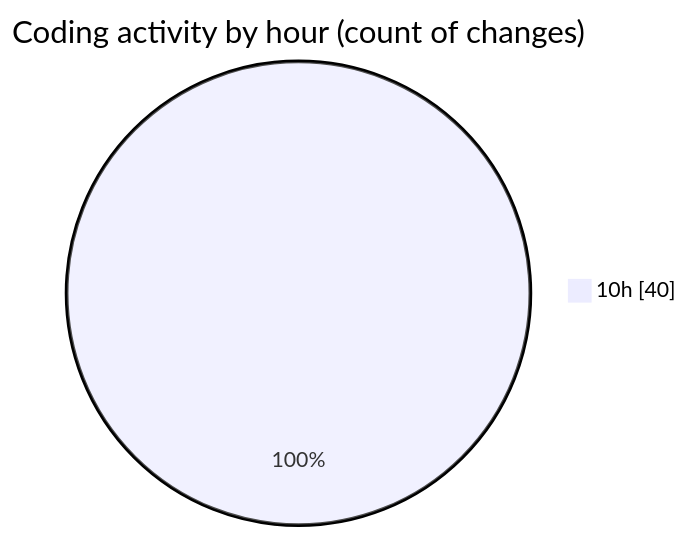
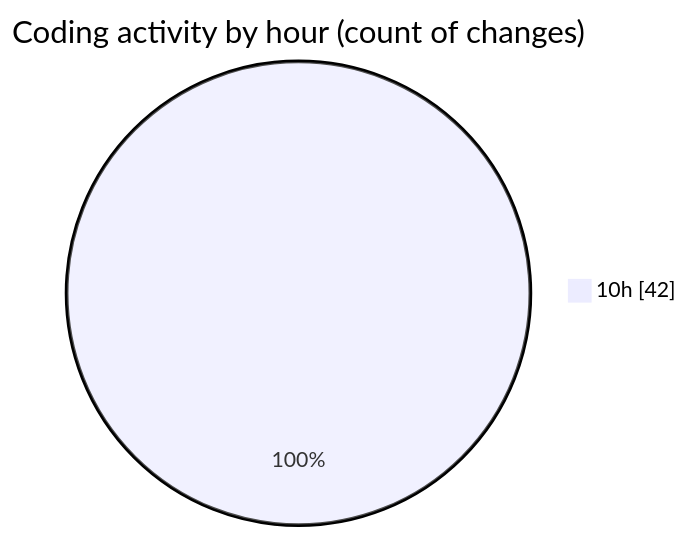
One commit to CELIANVF/code-tracking changed the second of 2 diagrams in 2025-05-15/ecodeli-1/README.md. Above: the diagram before and after it, drawn with Mermaid. The commit also changed other lines of this file and 1 other file, not shown here.

````diff
--- a/2025-05-15/ecodeli-1/README.md
+++ b/2025-05-15/ecodeli-1/README.md
@@ -47,5 +48,5 @@
 ```mermaid
 pie showData
 title Coding activity by hour (count of changes)
-"10h" : 40
+"10h" : 42
 ```
````
